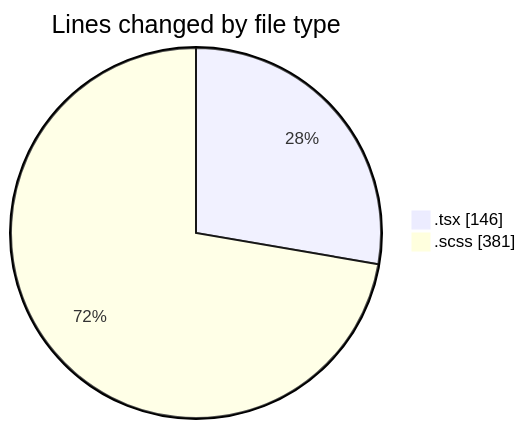
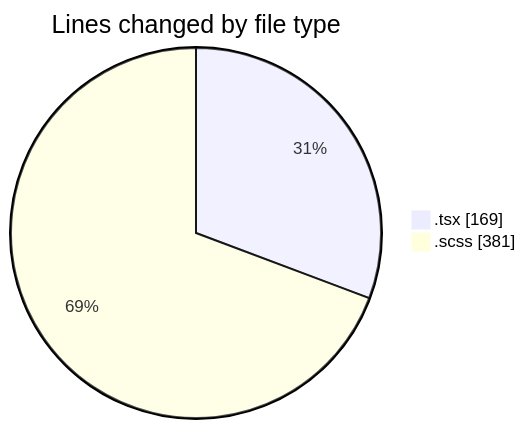
One commit to momahboobian/code-tracking changed the first of 2 diagrams in 2025-09-19/cda/README.md. Above: the diagram before and after it, drawn with Mermaid. The commit also changed other lines of this file and 1 other file, not shown here.

````diff
--- a/2025-09-19/cda/README.md
+++ b/2025-09-19/cda/README.md
@@ -21,6 +21,6 @@
 ```mermaid
 pie showData
 title Lines changed by file type
-".tsx" : 146
+".tsx" : 169
 ".scss" : 381
 ```
````
